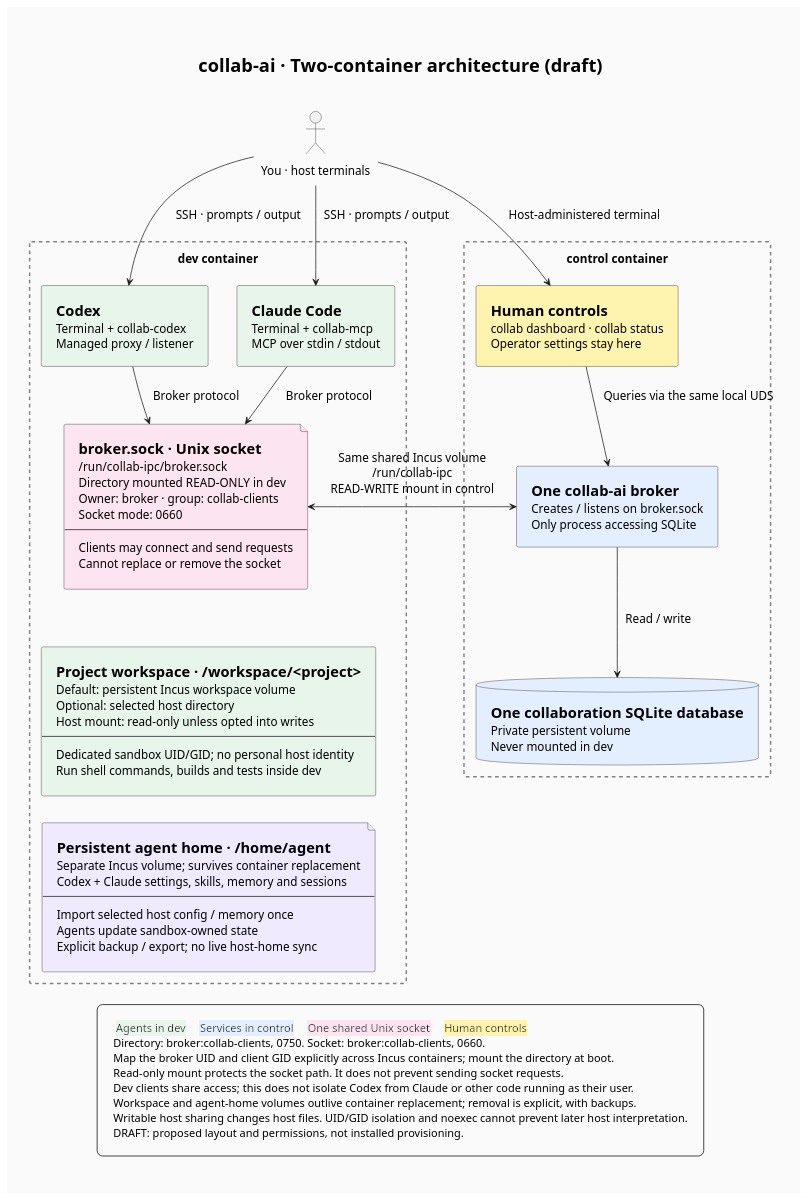
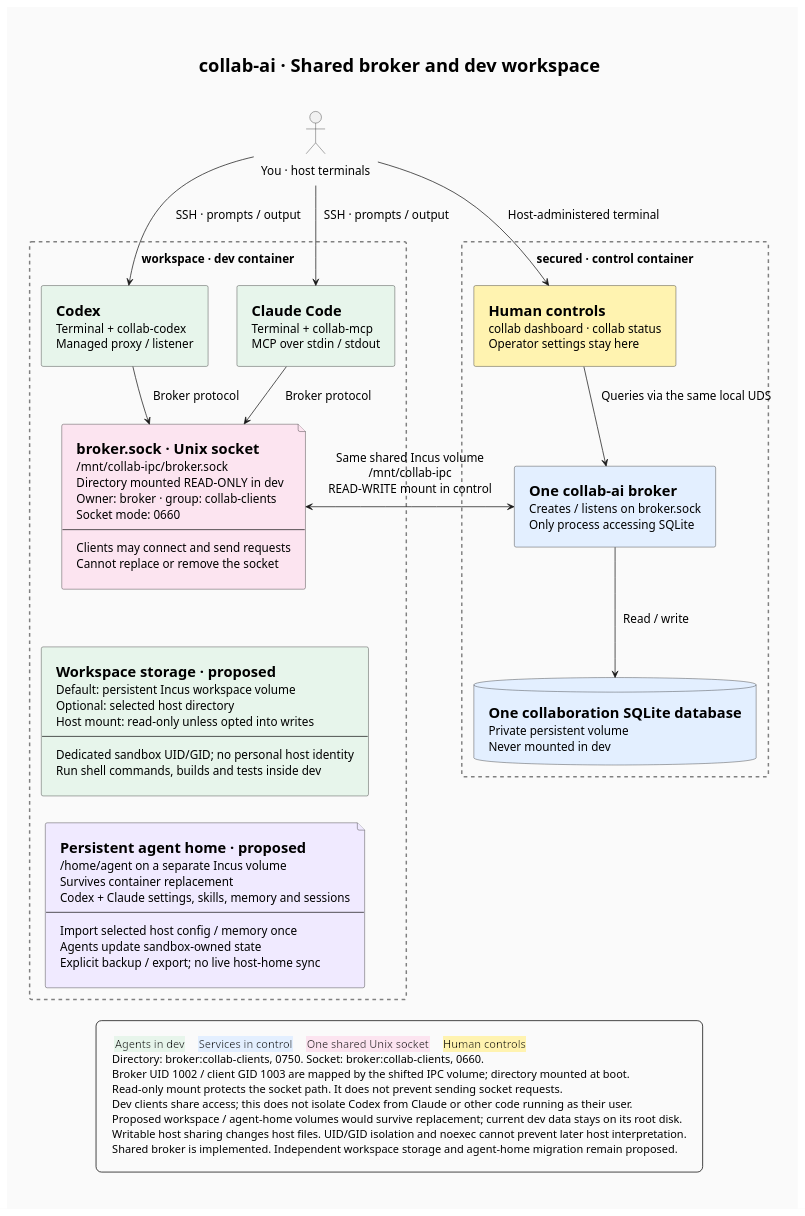
Before and after one commit to makarski/collab-ai: the diagram in docs/assets/architecture.puml, drawn with PlantUML. The commit also changed 25 other files, not shown here.

Commit message:
feat: consolidate sandbox collaboration in the control broker

```diff
--- a/docs/assets/architecture.puml
+++ b/docs/assets/architecture.puml
@@ -1,92 +1,92 @@
 @startuml architecture
 ' Render from the repository root:
 ' plantuml -tsvg -nometadata docs/assets/architecture.puml
 
-title collab-ai · Two-container architecture (draft)
+title collab-ai · Shared broker and dev workspace
 
 <style>
 title {
     FontSize 25
 }
 document {
     Margin 24
     BackgroundColor #fafafa
 }
 rectangle {
     LineStyle 5
     LineColor #grey
     LineThickness 2
 }
 .HumanControl {
     BackgroundColor #fff3b0
 }
 .Control {
     BackgroundColor #e3efff
 }
 .Dev {
     BackgroundColor #e7f5eb
 }
 .Socket {
     BackgroundColor #fce4f0
 }
 .Storage {
     BackgroundColor #f0eaff
 }
 legend {
     FontSize 15
     Padding 12
 }
 </style>
 
 hide stereotype
 skinparam {
     backgroundColor #fafafa
     shadowing false
     componentStyle rectangle
     defaultFontSize 16
     padding 10
     nodesep 40
     ranksep 35
 }
 
 actor "You · host terminals" as Human
 
-rectangle "dev container" as Dev {
+rectangle "workspace · dev container" as Dev {
     component "=Codex\nTerminal + collab-codex\nManaged proxy / listener" as Codex <<Dev>>
     component "=Claude Code\nTerminal + collab-mcp\nMCP over stdin / stdout" as Claude <<Dev>>
-    component "=Project workspace · /workspace/<project>\nDefault: persistent Incus workspace volume\nOptional: selected host directory\nHost mount: read-only unless opted into writes\n--\nDedicated sandbox UID/GID; no personal host identity\nRun shell commands, builds and tests inside dev" as Project <<Dev>>
-    file "=Persistent agent home · /home/agent\nSeparate Incus volume; survives container replacement\nCodex + Claude settings, skills, memory and sessions\n--\nImport selected host config / memory once\nAgents update sandbox-owned state\nExplicit backup / export; no live host-home sync" as AgentHome <<Storage>>
-    file "=broker.sock · Unix socket\n/run/collab-ipc/broker.sock\nDirectory mounted READ-ONLY in dev\nOwner: broker · group: collab-clients\nSocket mode: 0660\n--\nClients may connect and send requests\nCannot replace or remove the socket" as Socket <<Socket>>
+    component "=Workspace storage · proposed\nDefault: persistent Incus workspace volume\nOptional: selected host directory\nHost mount: read-only unless opted into writes\n--\nDedicated sandbox UID/GID; no personal host identity\nRun shell commands, builds and tests inside dev" as Project <<Dev>>
+    file "=Persistent agent home · proposed\n/home/agent on a separate Incus volume\nSurvives container replacement\nCodex + Claude settings, skills, memory and sessions\n--\nImport selected host config / memory once\nAgents update sandbox-owned state\nExplicit backup / export; no live host-home sync" as AgentHome <<Storage>>
+    file "=broker.sock · Unix socket\n/mnt/collab-ipc/broker.sock\nDirectory mounted READ-ONLY in dev\nOwner: broker · group: collab-clients\nSocket mode: 0660\n--\nClients may connect and send requests\nCannot replace or remove the socket" as Socket <<Socket>>
 }
 
-rectangle "control container" as Control {
+rectangle "secured · control container" as Control {
     component "=Human controls\ncollab dashboard · collab status\nOperator settings stay here" as Dashboard <<HumanControl>>
     component "=One collab-ai broker\nCreates / listens on broker.sock\nOnly process accessing SQLite" as Broker <<Control>>
     database "=One collaboration SQLite database\nPrivate persistent volume\nNever mounted in dev" as DB <<Control>>
 }
 
 Human -down-> Codex : SSH · prompts / output
 Human -down-> Claude : SSH · prompts / output
 Human -down-> Dashboard : Host-administered terminal
 
 Codex -down-> Socket : Broker protocol
 Claude -down-> Socket : Broker protocol
 Socket -[hidden]down-> Project
 Project -[hidden]down-> AgentHome
 
 Dashboard -down-> Broker : Queries via the same local UDS
-Broker <-left-> Socket : Same shared Incus volume\n/run/collab-ipc\nREAD-WRITE mount in control
+Broker <-left-> Socket : Same shared Incus volume\n/mnt/collab-ipc\nREAD-WRITE mount in control
 Broker -down-> DB : Read / write
 
 legend bottom
     <back:#e7f5eb> Agents in dev </back>   <back:#e3efff> Services in control </back>   <back:#fce4f0> One shared Unix socket </back>   <back:#fff3b0> Human controls </back>
     Directory: broker:collab-clients, 0750. Socket: broker:collab-clients, 0660.
-    Map the broker UID and client GID explicitly across Incus containers; mount the directory at boot.
+    Broker UID 1002 / client GID 1003 are mapped by the shifted IPC volume; directory mounted at boot.
     Read-only mount protects the socket path. It does not prevent sending socket requests.
     Dev clients share access; this does not isolate Codex from Claude or other code running as their user.
-    Workspace and agent-home volumes outlive container replacement; removal is explicit, with backups.
+    Proposed workspace / agent-home volumes would survive replacement; current dev data stays on its root disk.
     Writable host sharing changes host files. UID/GID isolation and noexec cannot prevent later host interpretation.
-    DRAFT: proposed layout and permissions, not installed provisioning.
+    Shared broker is implemented. Independent workspace storage and agent-home migration remain proposed.
 endlegend
 
 @enduml
```
